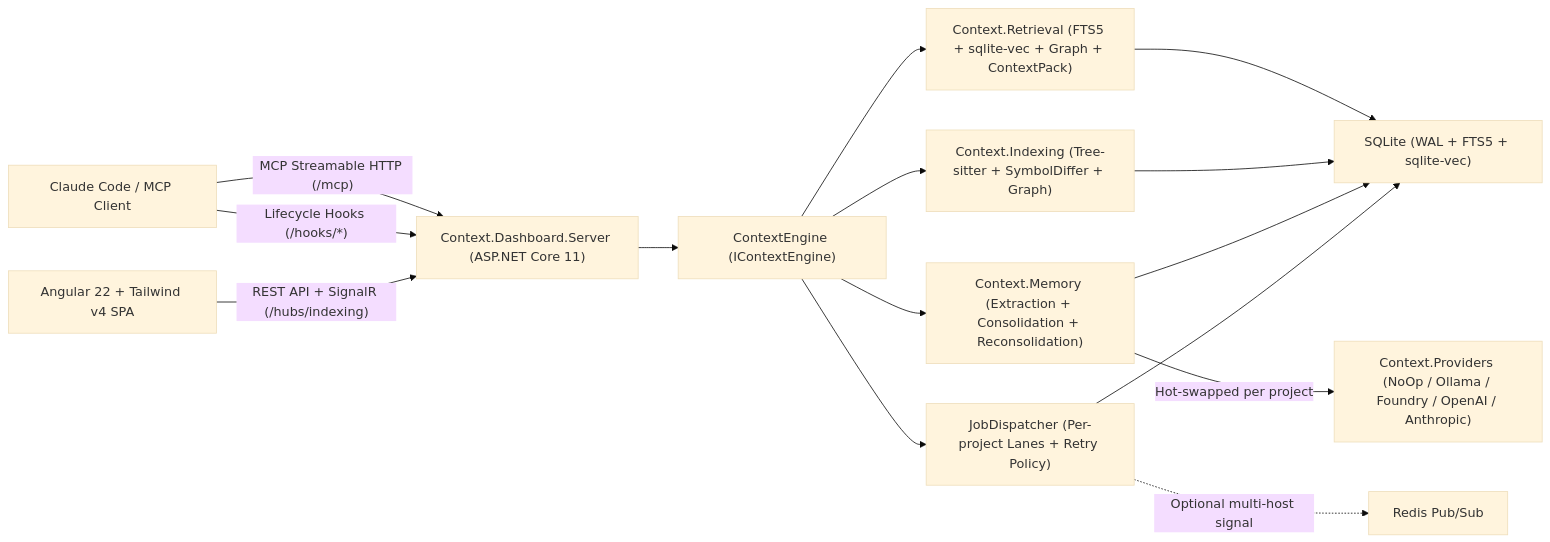
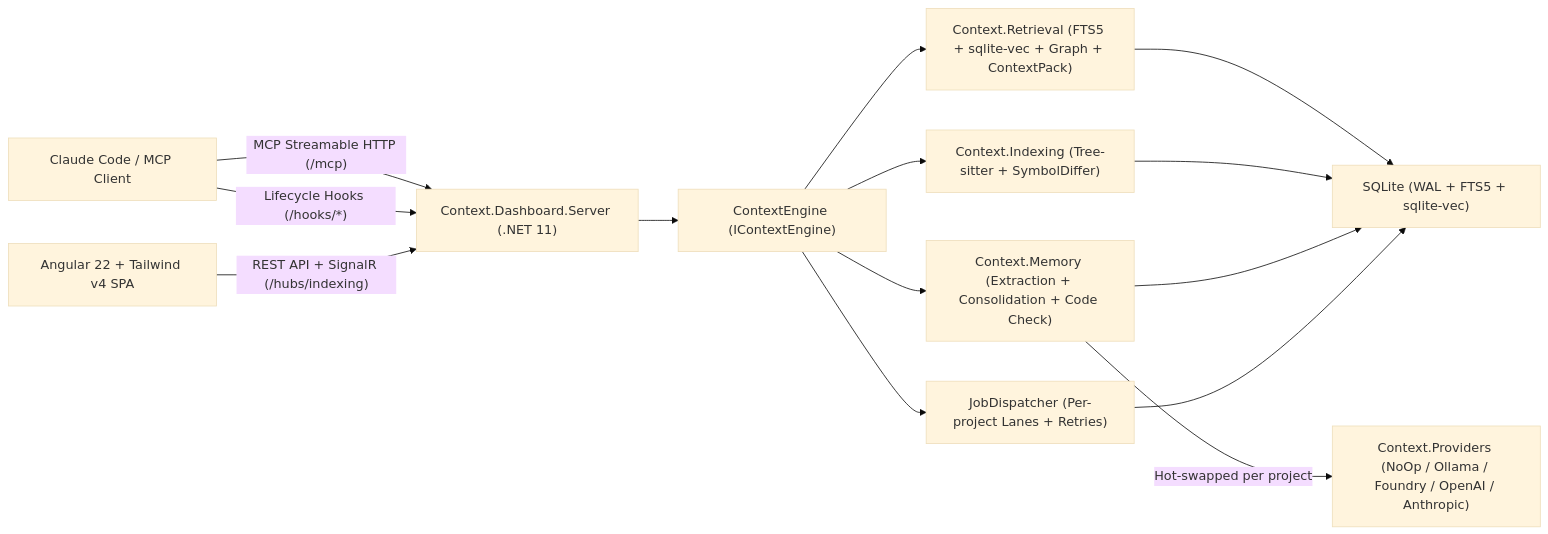
The diagram in README.md (dellik95/context-platform), drawn with Mermaid (base theme) before and after one commit. The commit also changed other lines of this file and 7 other files, not shown here.

````diff
--- a/README.md
+++ b/README.md
@@ -21,19 +23,18 @@
 ```mermaid
 flowchart LR
-    Agent["Claude Code / MCP Client"] -->|"MCP Streamable HTTP (/mcp)"| Server["Context.Dashboard.Server (ASP.NET Core 11)"]
+    Agent["Claude Code / MCP Client"] -->|"MCP Streamable HTTP (/mcp)"| Server["Context.Dashboard.Server (.NET 11)"]
     Agent -->|"Lifecycle Hooks (/hooks/*)"| Server
     Browser["Angular 22 + Tailwind v4 SPA"] -->|"REST API + SignalR (/hubs/indexing)"| Server
 
     Server --> Facade["ContextEngine (IContextEngine)"]
     Facade --> Retrieval["Context.Retrieval (FTS5 + sqlite-vec + Graph + ContextPack)"]
-    Facade --> Indexing["Context.Indexing (Tree-sitter + SymbolDiffer + Graph)"]
-    Facade --> Memory["Context.Memory (Extraction + Consolidation + Reconsolidation)"]
-    Facade --> Jobs["JobDispatcher (Per-project Lanes + Retry Policy)"]
+    Facade --> Indexing["Context.Indexing (Tree-sitter + SymbolDiffer)"]
+    Facade --> Memory["Context.Memory (Extraction + Consolidation + Code Check)"]
+    Facade --> Jobs["JobDispatcher (Per-project Lanes + Retries)"]
 
     Retrieval --> SQLite["SQLite (WAL + FTS5 + sqlite-vec)"]
     Indexing --> SQLite
     Memory --> SQLite
     Jobs --> SQLite
     Memory -->|"Hot-swapped per project"| Providers["Context.Providers (NoOp / Ollama / Foundry / OpenAI / Anthropic)"]
-    Jobs -.->|"Optional multi-host signal"| Redis["Redis Pub/Sub"]
 ```
````
